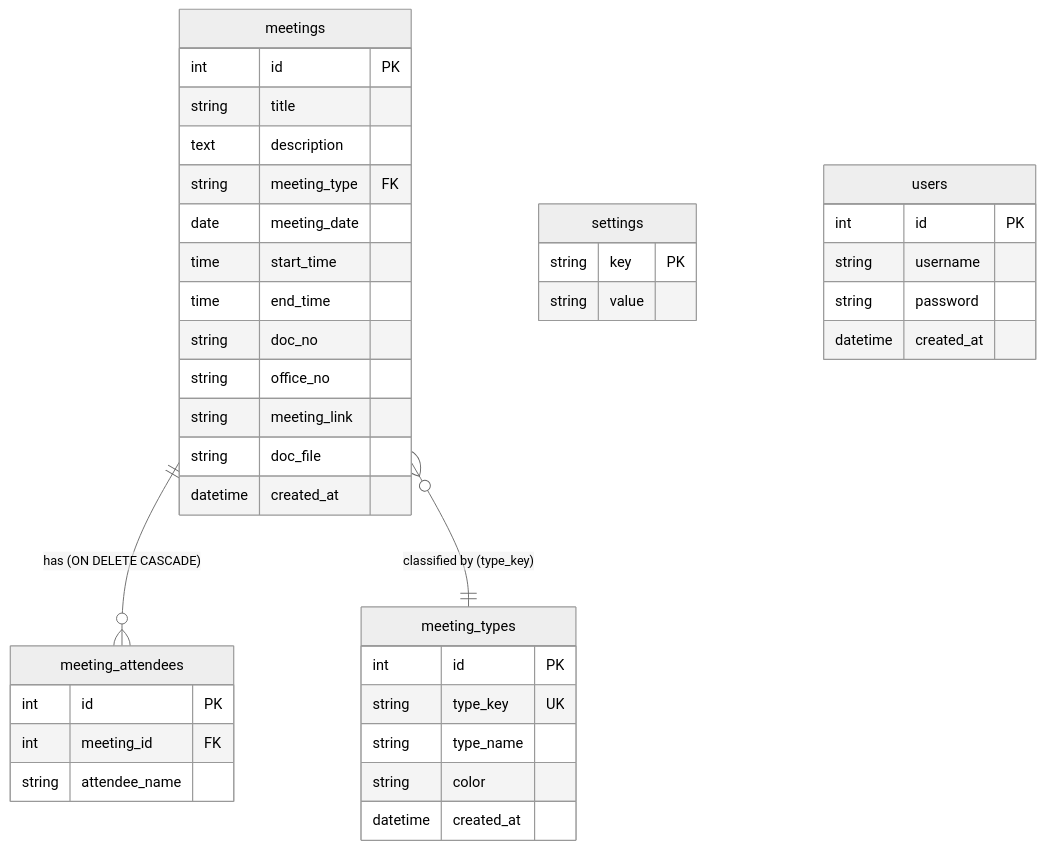
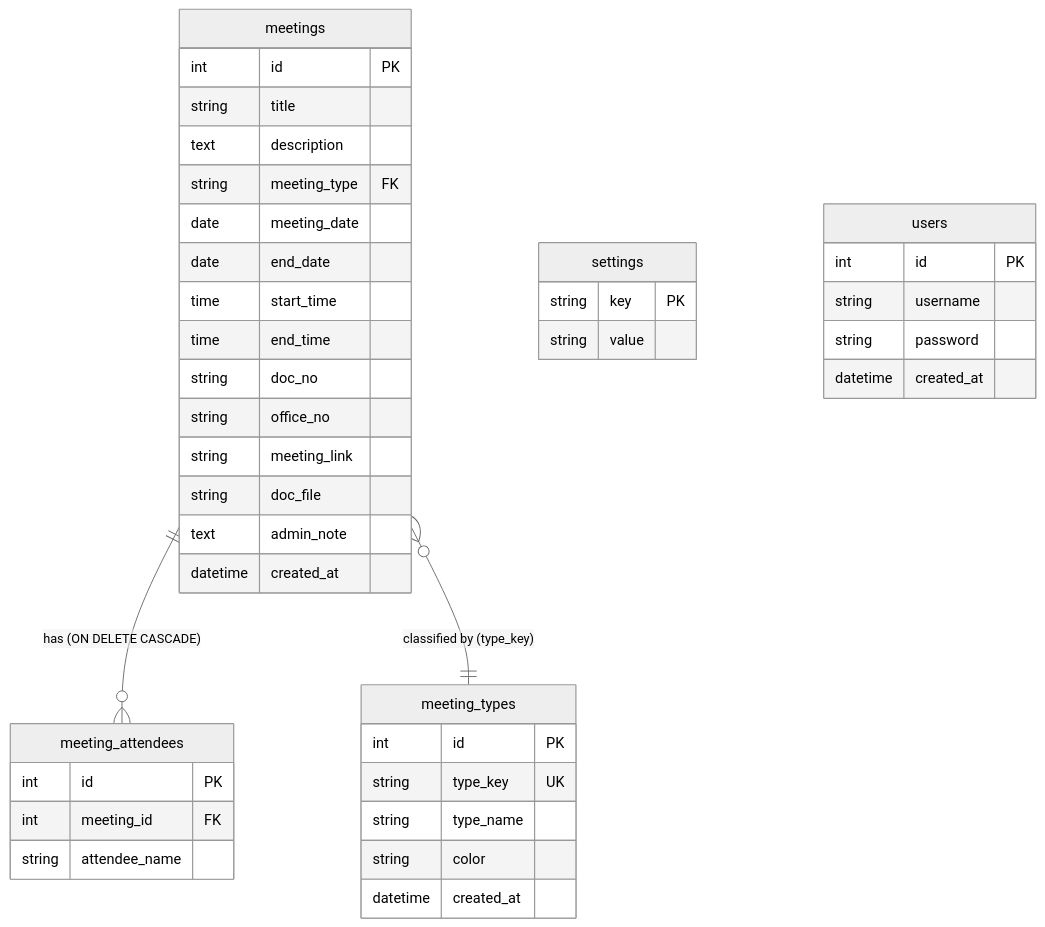
The diagram in docs/DEVELOPER.md (phumiphut-ta/MeetFlow), drawn with Mermaid (neutral theme) before and after one commit. The commit also changed other lines of this file and 2 other files, not shown here.

Commit message:
docs: Update README, DEVELOPER, USER_GUIDE, and CHANGELOG to document Admin Note, Multi-day Events, and Related Links Rebranding

````diff
--- a/docs/DEVELOPER.md
+++ b/docs/DEVELOPER.md
@@ -51,42 +51,44 @@
 ```mermaid
 erDiagram
     meetings {
         int id PK
         string title
         text description
         string meeting_type FK
         date meeting_date
+        date end_date
         time start_time
         time end_time
         string doc_no
         string office_no
         string meeting_link
         string doc_file
+        text admin_note
         datetime created_at
     }
     meeting_types {
         int id PK
         string type_key UK
         string type_name
         string color
         datetime created_at
     }
     meeting_attendees {
         int id PK
         int meeting_id FK
         string attendee_name
     }
     settings {
         string key PK
         string value
     }
     users {
         int id PK
         string username
         string password
         datetime created_at
     }
 
     meetings ||--o{ meeting_attendees : "has (ON DELETE CASCADE)"
     meetings }o--|| meeting_types : "classified by (type_key)"
 ```
````
